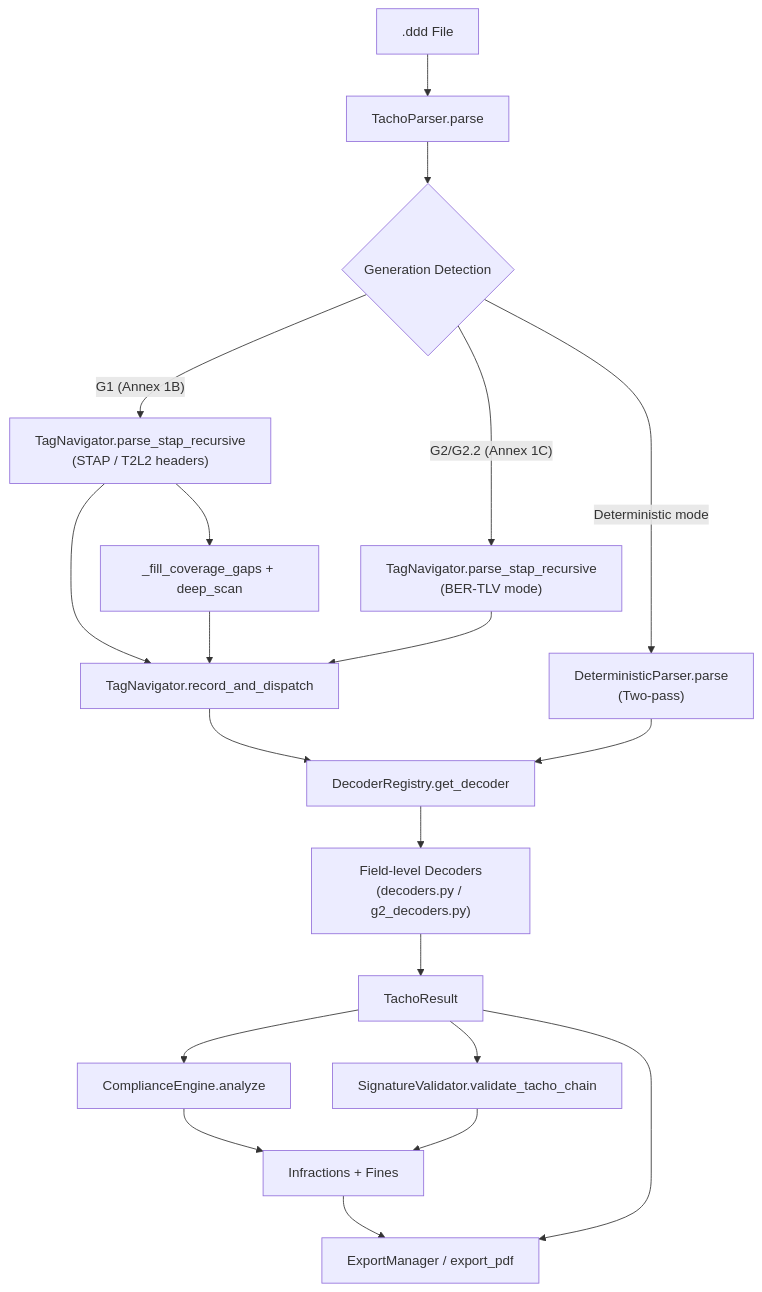
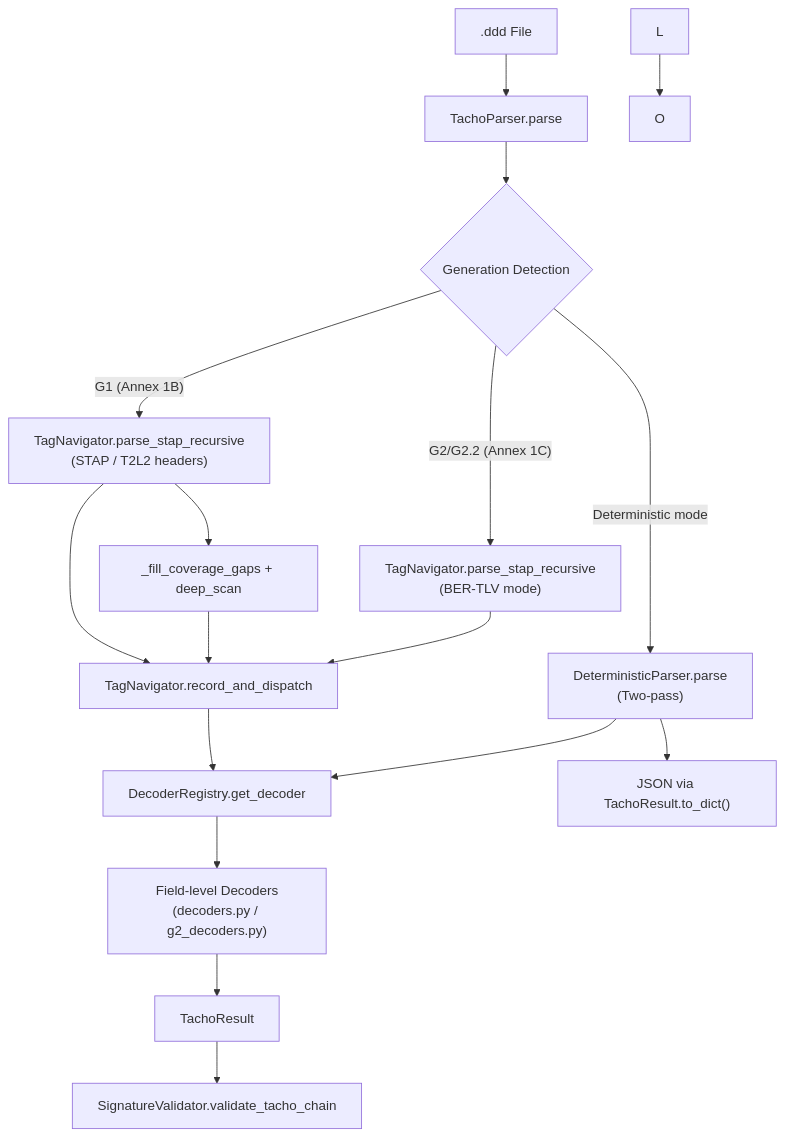
One commit to Syax89/DDDTachograph_Reader changed the first of 2 diagrams in docs/developer/architecture.md. Above: the diagram before and after it, drawn with Mermaid. The commit also changed other lines of this file and 41 other files, not shown here.

First line of the commit message:
Cleanup: remove geocoding, compliance, fines, fleet/PDF exporters, obsolete docs

````diff
--- a/docs/developer/architecture.md
+++ b/docs/developer/architecture.md
@@ -25,22 +25,19 @@
 ```mermaid
 flowchart TD
     A[".ddd File"] --> B[TachoParser.parse]
     B --> C{Generation Detection}
     C -->|"G1 (Annex 1B)"| D["TagNavigator.parse_stap_recursive\n(STAP / T2L2 headers)"]
     C -->|"G2/G2.2 (Annex 1C)"| E["TagNavigator.parse_stap_recursive\n(BER-TLV mode)"]
     C -->|"Deterministic mode"| F["DeterministicParser.parse\n(Two-pass)"]
     D --> G["TagNavigator.record_and_dispatch"]
     E --> G
     F --> H["DecoderRegistry.get_decoder"]
     G --> H
     H --> I["Field-level Decoders\n(decoders.py / g2_decoders.py)"]
     I --> J[TachoResult]
-    J --> K[ComplianceEngine.analyze]
-    J --> L[SignatureValidator.validate_tacho_chain]
-    J --> M[ExportManager / export_pdf]
+    J --> K[SignatureValidator.validate_tacho_chain]
     D --> N["_fill_coverage_gaps + deep_scan"]
     N --> G
-    K --> O["Infractions + Fines"]
-    O --> M
+    F --> output["JSON via TachoResult.to_dict()"]
     L --> O
 ```
````
